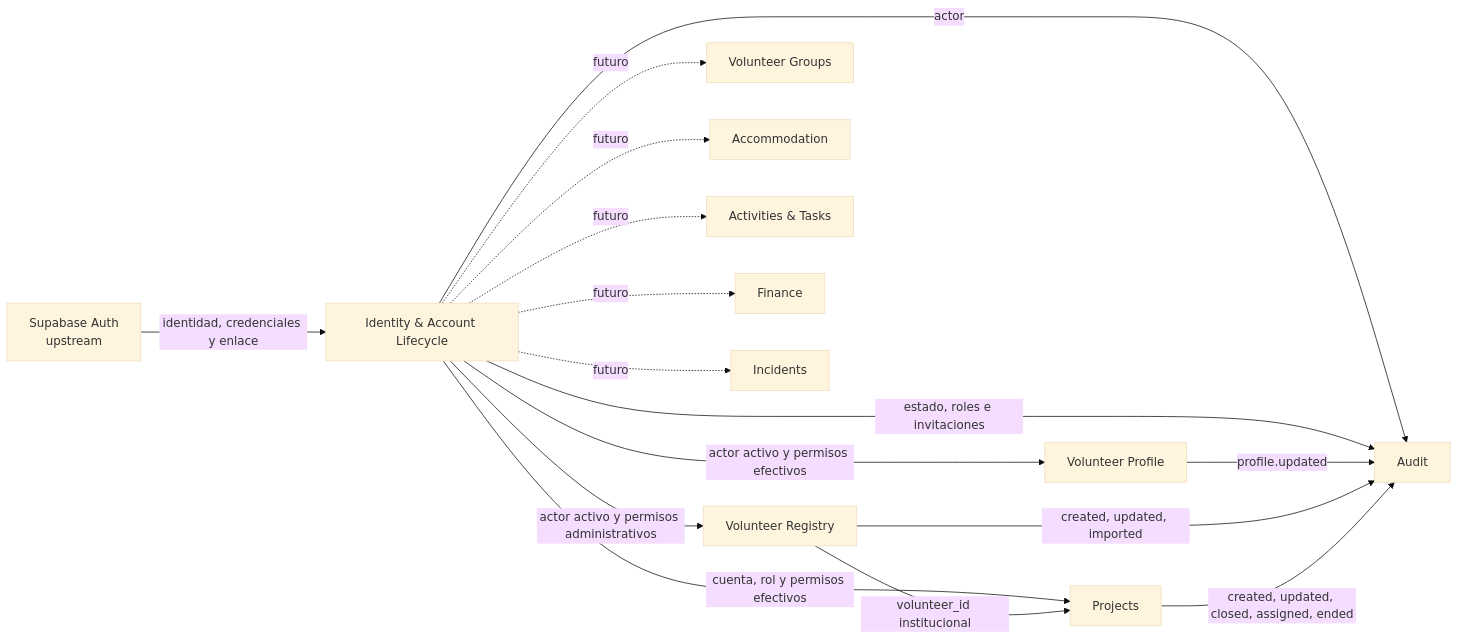
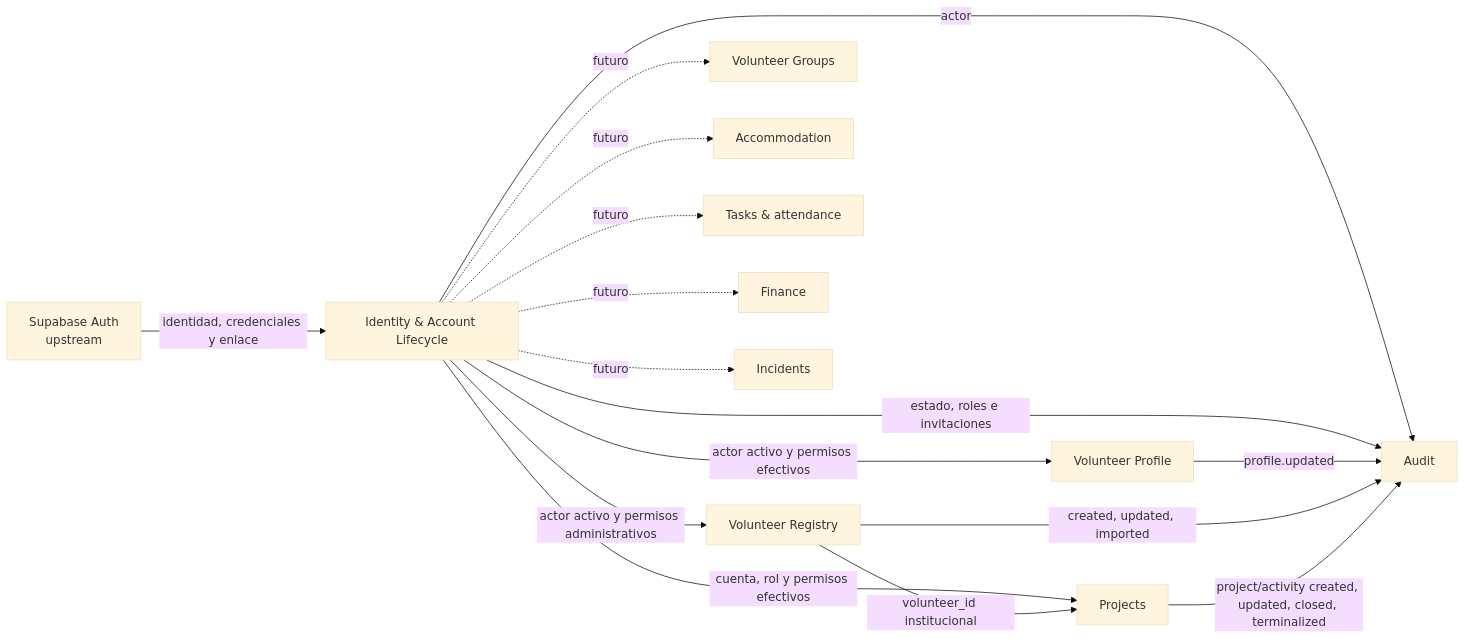
Before and after one commit to grovergonzalez8/Sistema-Voluntariado: the first of 2 diagrams in docs/architecture/context-map.md, drawn with Mermaid (base theme). The commit also changed other lines of this file and 52 other files, not shown here.

First line of the commit message:
Feat/project activities v1 (#5)

````diff
--- a/docs/architecture/context-map.md
+++ b/docs/architecture/context-map.md
@@ -3,18 +3,18 @@
 ```mermaid
 flowchart LR
   Auth["Supabase Auth\nupstream"] -->|identidad, credenciales y enlace| Identity["Identity & Account Lifecycle"]
   Identity -->|actor activo y permisos efectivos| Profile["Volunteer Profile"]
   Identity -->|actor activo y permisos administrativos| Registry["Volunteer Registry"]
   Identity -->|cuenta, rol y permisos efectivos| Projects["Projects"]
   Registry -->|volunteer_id institucional| Projects
   Identity -->|actor| Audit["Audit"]
   Identity -->|estado, roles e invitaciones| Audit
   Profile -->|profile.updated| Audit
   Registry -->|created, updated, imported| Audit
-  Projects -->|created, updated, closed, assigned, ended| Audit
+  Projects -->|project/activity created, updated, closed, terminalized| Audit
   Identity -. futuro .-> Groups["Volunteer Groups"]
   Identity -. futuro .-> Accommodation["Accommodation"]
-  Identity -. futuro .-> Work["Activities & Tasks"]
+  Identity -. futuro .-> Tasks["Tasks & attendance"]
   Identity -. futuro .-> Finance["Finance"]
   Identity -. futuro .-> Incidents["Incidents"]
 ```
````
